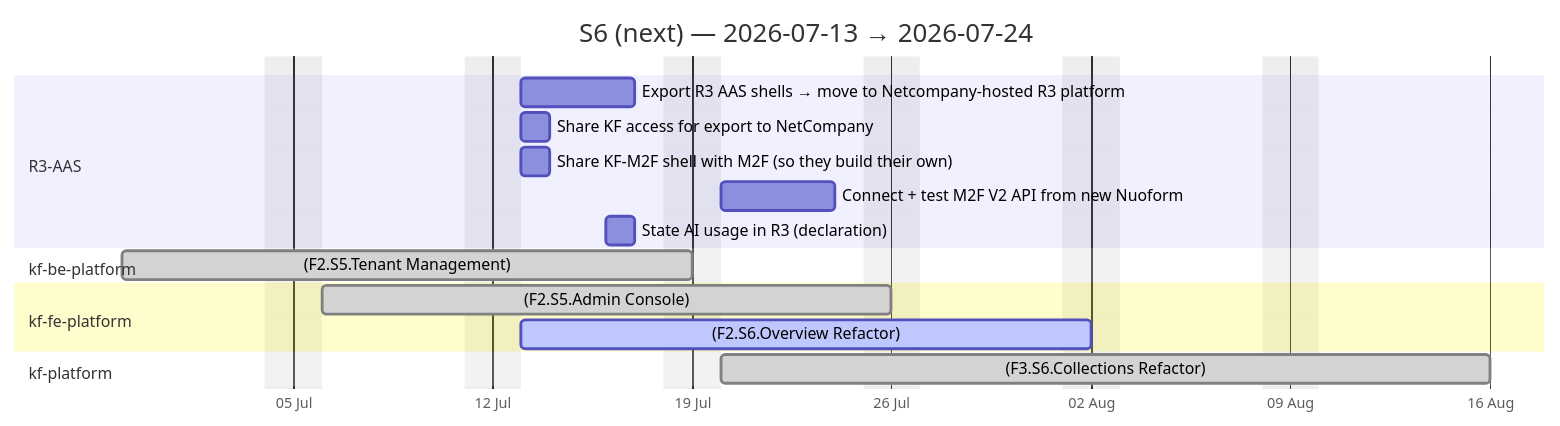
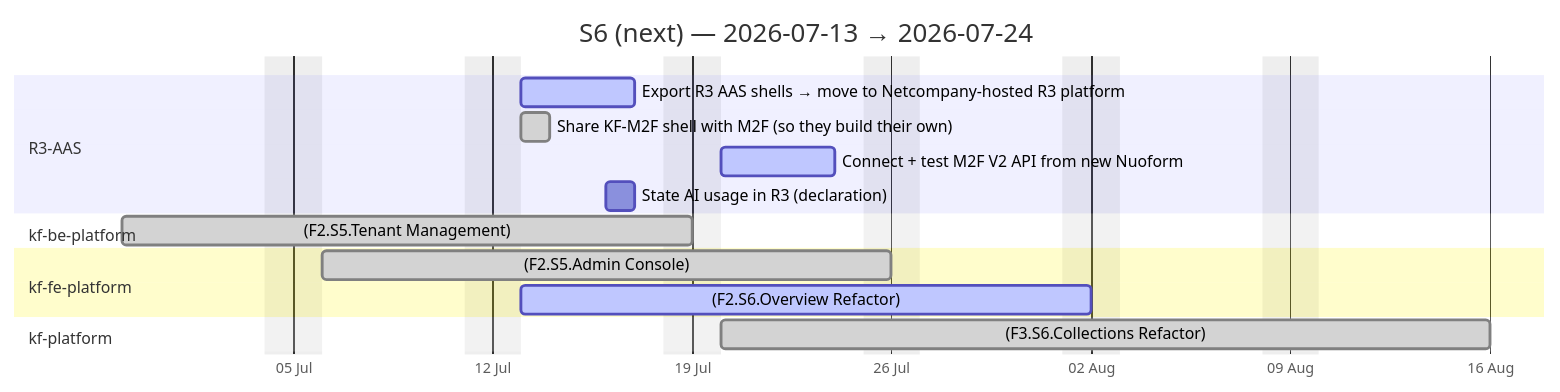
Before and after one commit to Katty-Fashion/kf-cpto: the fourth of 4 diagrams in docs/agile-sprints.md, drawn with Mermaid. The commit also changed other lines of this file and 14 other files, not shown here.

````diff
--- a/docs/agile-sprints.md
+++ b/docs/agile-sprints.md
@@ -100,21 +101,20 @@
 ```mermaid
 gantt
     title S6 (next) — 2026-07-13 → 2026-07-24
     dateFormat YYYY-MM-DD
     axisFormat %d %b
     excludes weekends
 
     section R3-AAS
-    Export R3 AAS shells → move to Netcompany-hosted R3 platform :2026-07-13, 2026-07-17
-    Share KF access for export to NetCompany :2026-07-13, 2026-07-14
-    Share KF-M2F shell with M2F (so they build their own) :2026-07-13, 2026-07-14
-    Connect + test M2F V2 API from new Nuoform :2026-07-20, 2026-07-24
+    Export R3 AAS shells → move to Netcompany-hosted R3 platform :active, 2026-07-13, 2026-07-17
+    Share KF-M2F shell with M2F (so they build their own) :done, 2026-07-13, 2026-07-14
+    Connect + test M2F V2 API from new Nuoform :active, 2026-07-20, 2026-07-24
     State AI usage in R3 (declaration) :2026-07-16, 2026-07-17
     section kf-be-platform
     (F2.S5.Tenant Management) :done, 2026-06-29, 2026-07-19
     section kf-fe-platform
     (F2.S5.Admin Console) :done, 2026-07-06, 2026-07-26
     (F2.S6.Overview Refactor) :active, 2026-07-13, 2026-08-02
     section kf-platform
     (F3.S6.Collections Refactor) :done, 2026-07-20, 2026-08-16
 ```
````
